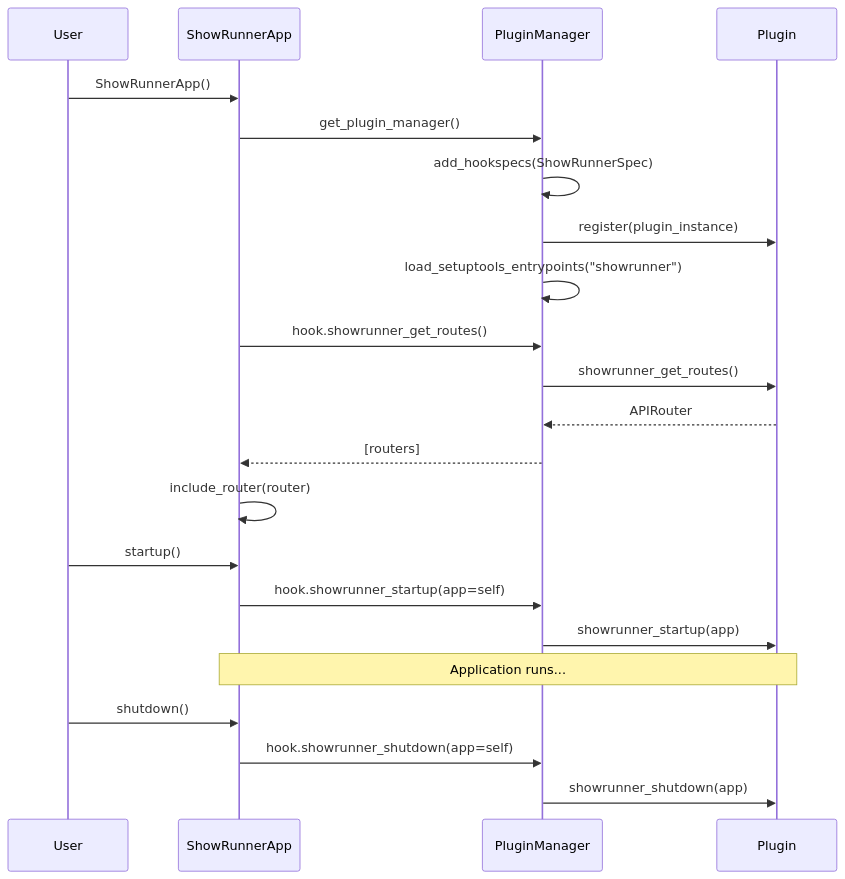
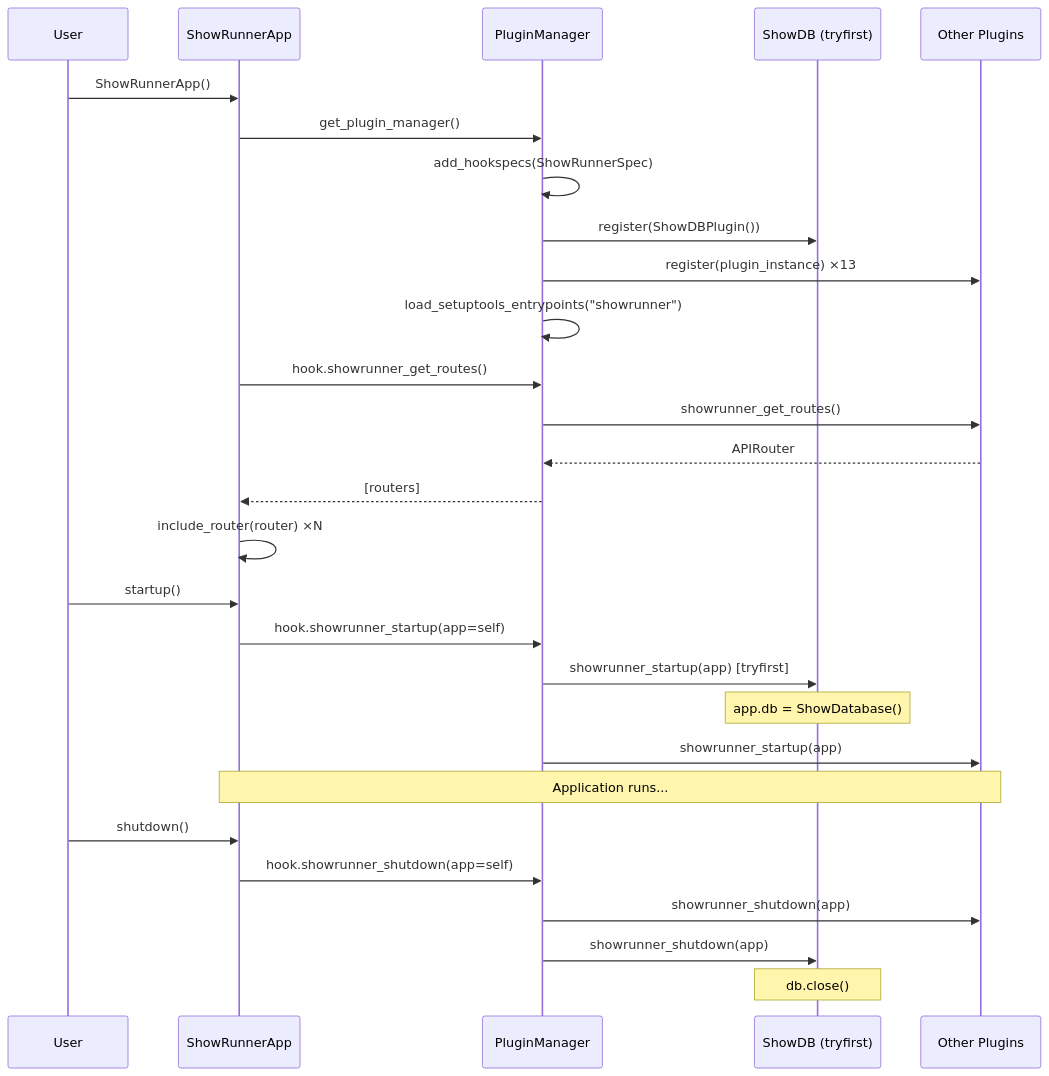
The second of 2 diagrams in docs/architecture/plugin-architecture.md (quaternionmedia/ShowRunner), drawn with Mermaid before and after one commit. The commit also changed other lines of this file and 5 other files, not shown here.

First line of the commit message:
docs: add onboarding docs, architecture guide, and CONTRIBUTING

````diff
--- a/docs/architecture/plugin-architecture.md
+++ b/docs/architecture/plugin-architecture.md
@@ -85,28 +155,34 @@
 ```mermaid
 sequenceDiagram
     participant User
     participant App as ShowRunnerApp
     participant PM as PluginManager
-    participant P as Plugin
+    participant DB as ShowDB (tryfirst)
+    participant P as Other Plugins
 
     User->>App: ShowRunnerApp()
     App->>PM: get_plugin_manager()
     PM->>PM: add_hookspecs(ShowRunnerSpec)
-    PM->>P: register(plugin_instance)
+    PM->>DB: register(ShowDBPlugin())
+    PM->>P: register(plugin_instance) ×13
     PM->>PM: load_setuptools_entrypoints("showrunner")
     App->>PM: hook.showrunner_get_routes()
     PM->>P: showrunner_get_routes()
     P-->>PM: APIRouter
     PM-->>App: [routers]
-    App->>App: include_router(router)
+    App->>App: include_router(router) ×N
 
     User->>App: startup()
     App->>PM: hook.showrunner_startup(app=self)
+    PM->>DB: showrunner_startup(app) [tryfirst]
+    Note over DB: app.db = ShowDatabase()
     PM->>P: showrunner_startup(app)
 
     Note over App,P: Application runs...
 
     User->>App: shutdown()
     App->>PM: hook.showrunner_shutdown(app=self)
     PM->>P: showrunner_shutdown(app)
+    PM->>DB: showrunner_shutdown(app)
+    Note over DB: db.close()
 ```
````
